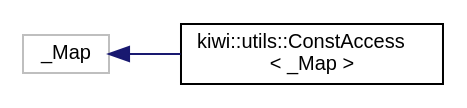
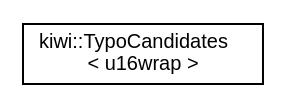
The diagram in inherit_graph_67.dot (bab2min/Kiwi), drawn with Graphviz before and after one commit. The commit also changed 167 other files, not shown here.

```diff
--- a/inherit_graph_67.dot
+++ b/inherit_graph_67.dot
@@ -1,10 +1,8 @@
 digraph "Graphical Class Hierarchy"
 {
  // LATEX_PDF_SIZE
   edge [fontname="Helvetica",fontsize="10",labelfontname="Helvetica",labelfontsize="10"];
   node [fontname="Helvetica",fontsize="10",shape=record];
   rankdir="LR";
-  Node112 [label="_Map",height=0.2,width=0.4,color="grey75", fillcolor="white", style="filled",tooltip=" "];
-  Node112 -> Node0 [dir="back",color="midnightblue",fontsize="10",style="solid",fontname="Helvetica"];
-  Node0 [label="kiwi::utils::ConstAccess\l\< _Map \>",height=0.2,width=0.4,color="black", fillcolor="white", style="filled",URL="$classkiwi_1_1utils_1_1ConstAccess.html",tooltip=" "];
+  Node0 [label="kiwi::TypoCandidates\l\< u16wrap \>",height=0.2,width=0.4,color="black", fillcolor="white", style="filled",URL="$classkiwi_1_1TypoCandidates.html",tooltip=" "];
 }
```
